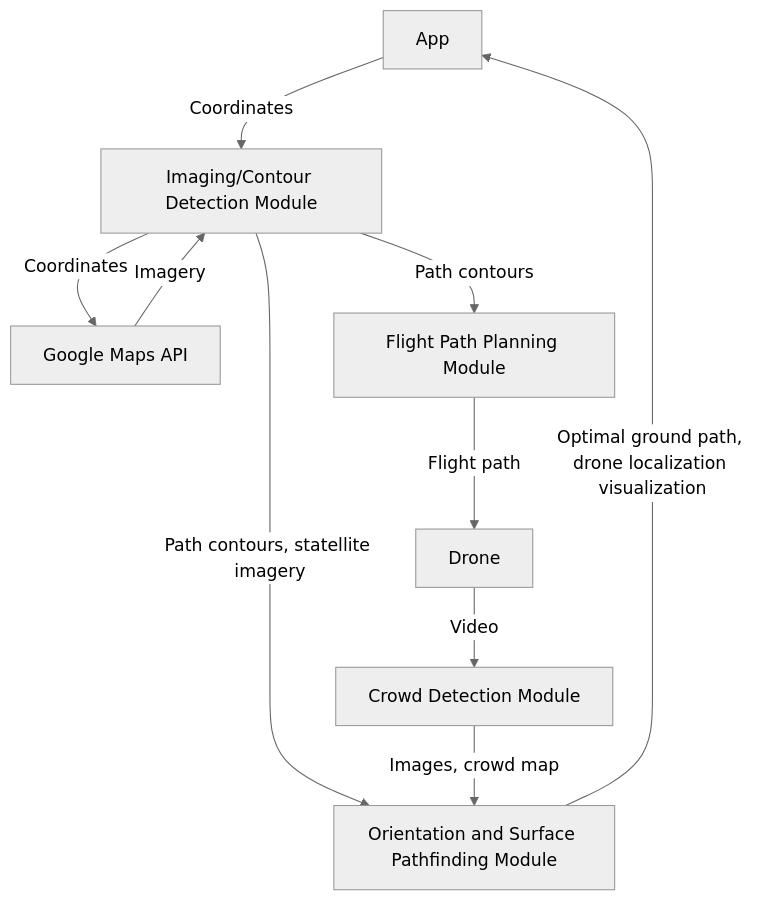
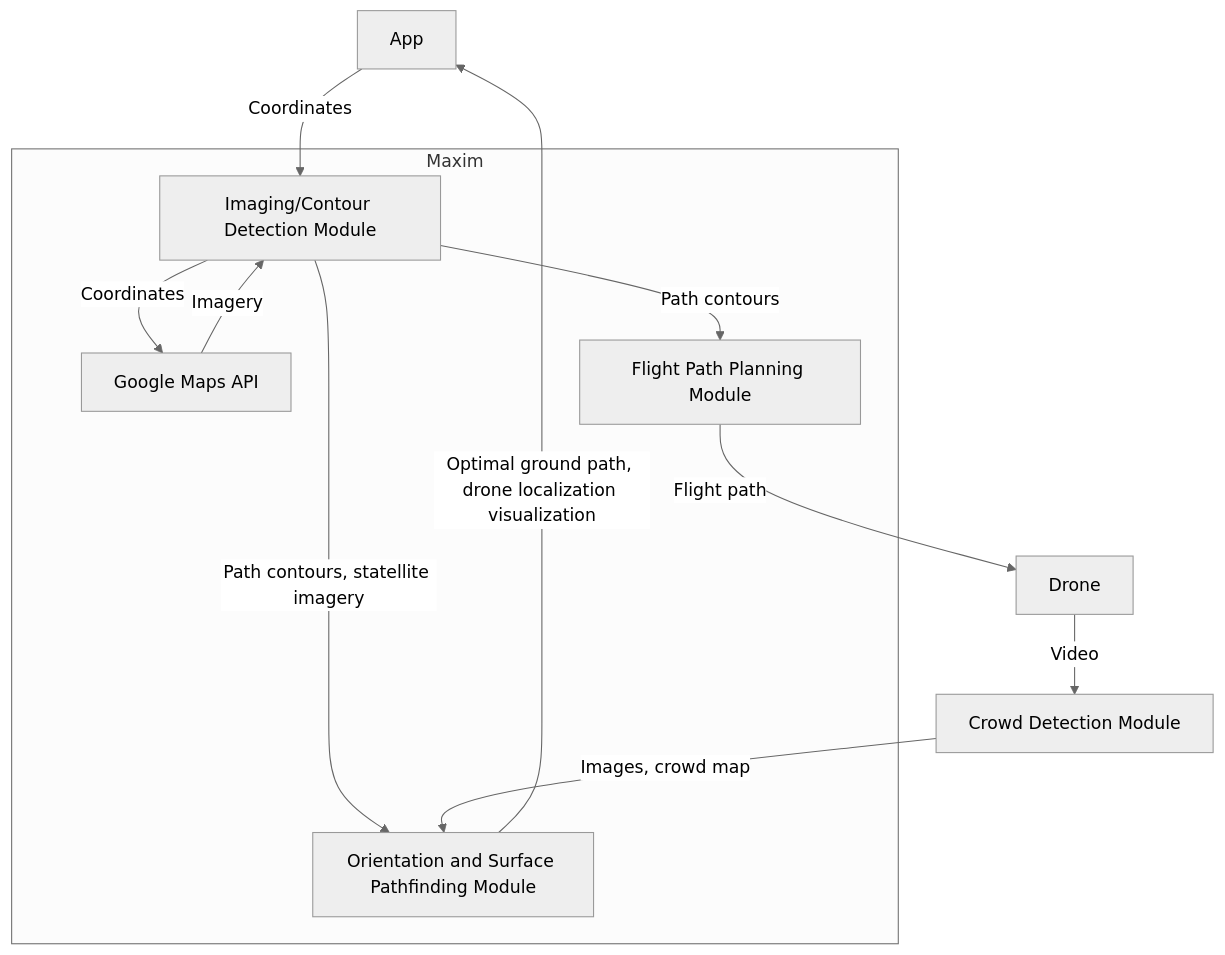
One commit to maximuskiii/TartanHacks2024 changed the diagram in README.md. Above: the diagram before and after it, drawn with Mermaid (neutral theme).

Commit message:
testing subgraphs

````diff
--- a/README.md
+++ b/README.md
@@ -3,12 +3,14 @@
 ```mermaid
-graph TD;
+flowchart TB
     A[App] -->|Coordinates| B[Imaging/Contour Detection Module];
+    subgraph Maxim
     B -->|Coordinates| C[Google Maps API];
     C -->|Imagery| B
     B -->|Path contours| D[Flight Path Planning Module]
     B -->|Path contours, statellite imagery| E[Orientation and Surface Pathfinding Module]
+    end
     D -->|Flight path| F[Drone]
     F -->|Video| G[Crowd Detection Module]
     G -->|Images, crowd map| E
     E -->|Optimal ground path, drone localization visualization| A
 ```
````
